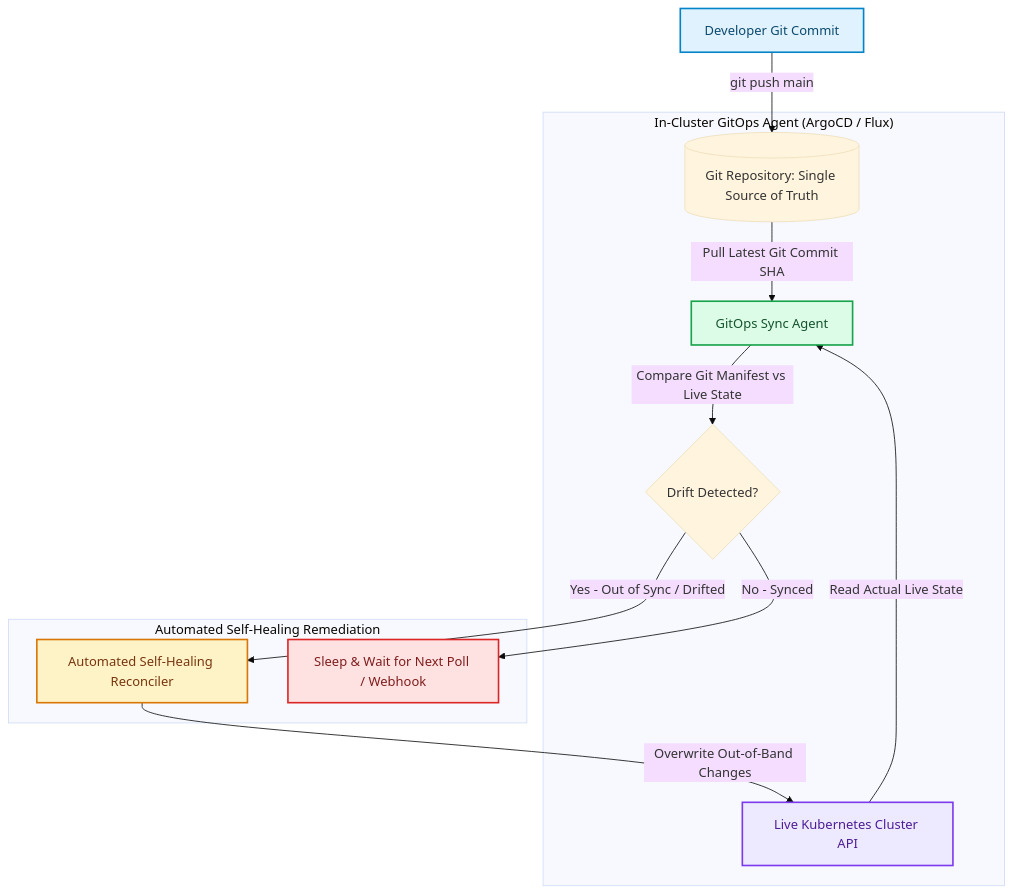
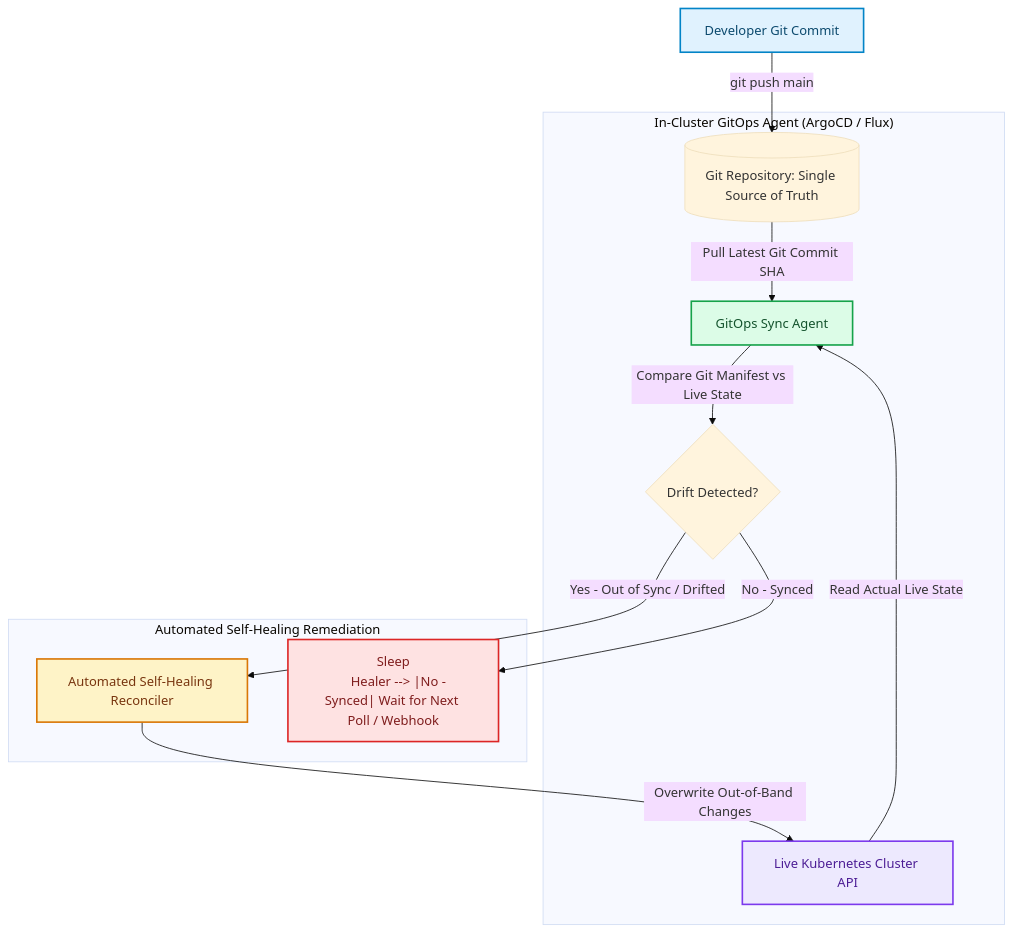
One commit to akmalkhaniub/akmalkhaniub.github.io changed the diagram in blog/posts/gitops-pipeline-engineering-automated-drift-detection-remediation.md. Above: the diagram before and after it, drawn with Mermaid (base theme). The commit also changed other lines of this file and 894 other files, not shown here.

Commit message:
feat(blog): upgrade all 444 posts with unique staggered dates, 2-col Mermaid spines, benchmark tables, code blocks, and trade-offs

````diff
--- a/blog/posts/gitops-pipeline-engineering-automated-drift-detection-remediation.md
+++ b/blog/posts/gitops-pipeline-engineering-automated-drift-detection-remediation.md
@@ -17,29 +17,30 @@
 ```mermaid
 flowchart TD
   Developer["Developer Git Commit"] -->|git push main| GitRepo[(Git Repository: Single Source of Truth)]
   
   subgraph SG1_InClusterGitops ["In-Cluster GitOps Agent (ArgoCD / Flux)"]
     GitRepo -->|Pull Latest Git Commit SHA| Agent["GitOps Sync Agent"]
     ClusterState["Live Kubernetes Cluster API"] -->|Read Actual Live State| Agent
     
     Agent -->|Compare Git Manifest vs Live State| DiffEngine{Drift Detected?}
   end
   
   subgraph SG2_AutomatedSelfHealing ["Automated Self-Healing Remediation"]
     DiffEngine -->|Yes - Out of Sync / Drifted| Healer["Automated Self-Healing Reconciler"]
-    DiffEngine -->|No - Synced| Sleep["Sleep & Wait for Next Poll / Webhook"]
+    DiffEngine --> |No - Synced| Sleep["Sleep
+    Healer --> |No - Synced| Wait for Next Poll / Webhook"]
     
     Healer -->|Overwrite Out-of-Band Changes| ClusterState
   end
 
 classDef green fill:#dcfce7,stroke:#16a34a,stroke-width:2px,color:#14532d;
 classDef red fill:#fee2e2,stroke:#dc2626,stroke-width:2px,color:#7f1d1d;
 classDef blue fill:#e0f2fe,stroke:#0284c7,stroke-width:2px,color:#0c4a6e;
 classDef yellow fill:#fef3c7,stroke:#d97706,stroke-width:2px,color:#78350f;
 classDef purple fill:#ede9fe,stroke:#7c3aed,stroke-width:2px,color:#4c1d95;
 class Developer blue
 class Agent green
 class ClusterState purple
 class Healer yellow
 class Sleep red
 ```
````
